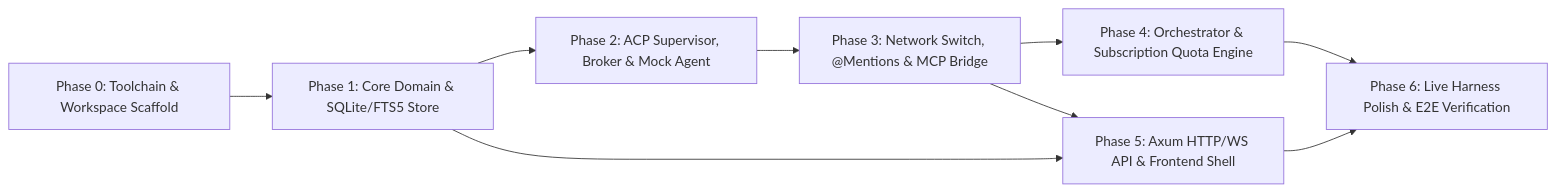
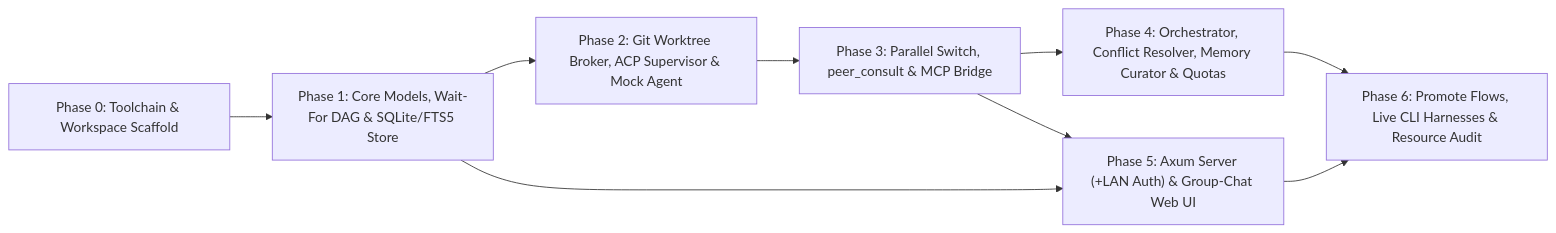
Before and after one commit to pan2013e/meta-harness: the diagram in docs/IMPLEMENTATION_PLAN.md, drawn with Mermaid. The commit also changed other lines of this file and 4 other files, not shown here.

Commit message:
docs: incorporate finalized grill-me architecture and UX decisions

````diff
--- a/docs/IMPLEMENTATION_PLAN.md
+++ b/docs/IMPLEMENTATION_PLAN.md
@@ -9,11 +9,11 @@
 ```mermaid
 flowchart LR
-    P0["Phase 0: Toolchain & Workspace Scaffold"] --> P1["Phase 1: Core Domain & SQLite/FTS5 Store"]
-    P1 --> P2["Phase 2: ACP Supervisor, Broker & Mock Agent"]
-    P2 --> P3["Phase 3: Network Switch, @Mentions & MCP Bridge"]
-    P3 --> P4["Phase 4: Orchestrator & Subscription Quota Engine"]
-    P1 --> P5["Phase 5: Axum HTTP/WS API & Frontend Shell"]
+    P0["Phase 0: Toolchain & Workspace Scaffold"] --> P1["Phase 1: Core Models, Wait-For DAG & SQLite/FTS5 Store"]
+    P1 --> P2["Phase 2: Git Worktree Broker, ACP Supervisor & Mock Agent"]
+    P2 --> P3["Phase 3: Parallel Switch, peer_consult & MCP Bridge"]
+    P3 --> P4["Phase 4: Orchestrator, Conflict Resolver, Memory Curator & Quotas"]
+    P1 --> P5["Phase 5: Axum Server (+LAN Auth) & Group-Chat Web UI"]
     P3 --> P5
-    P4 --> P6["Phase 6: Live Harness Polish & E2E Verification"]
+    P4 --> P6["Phase 6: Promote Flows, Live CLI Harnesses & Resource Audit"]
     P5 --> P6
 ```
````
